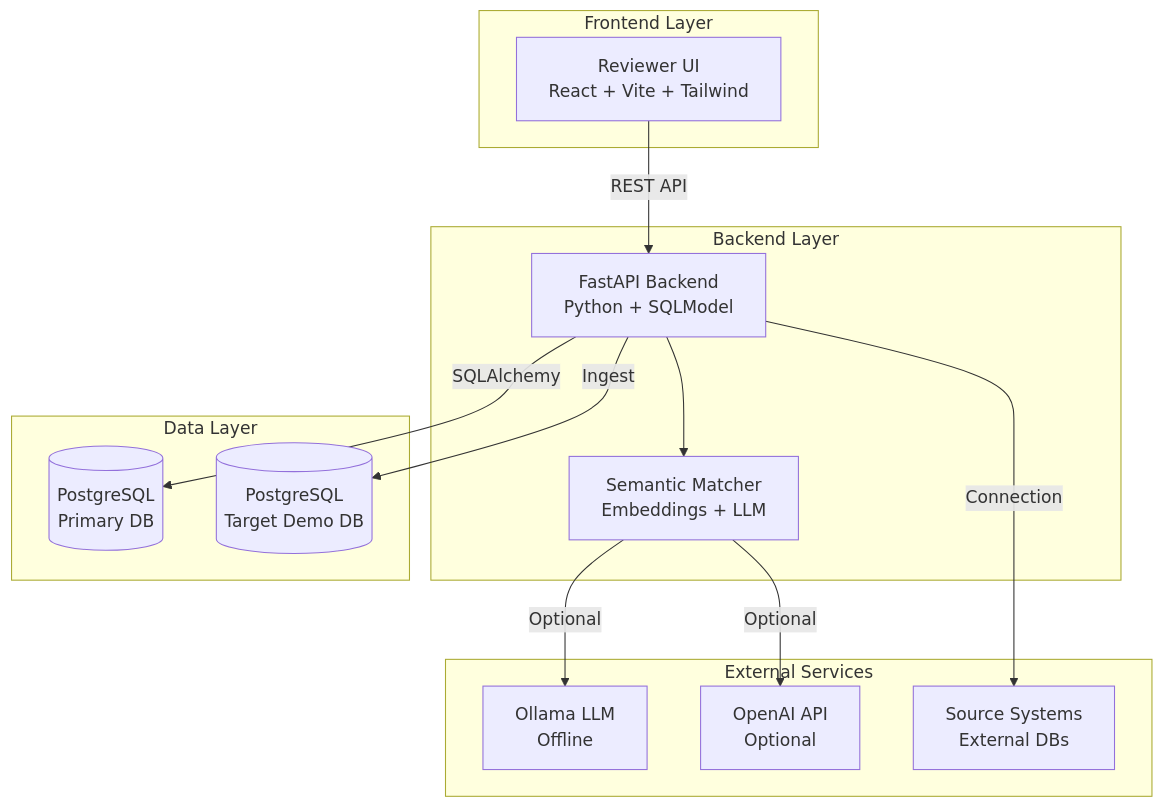
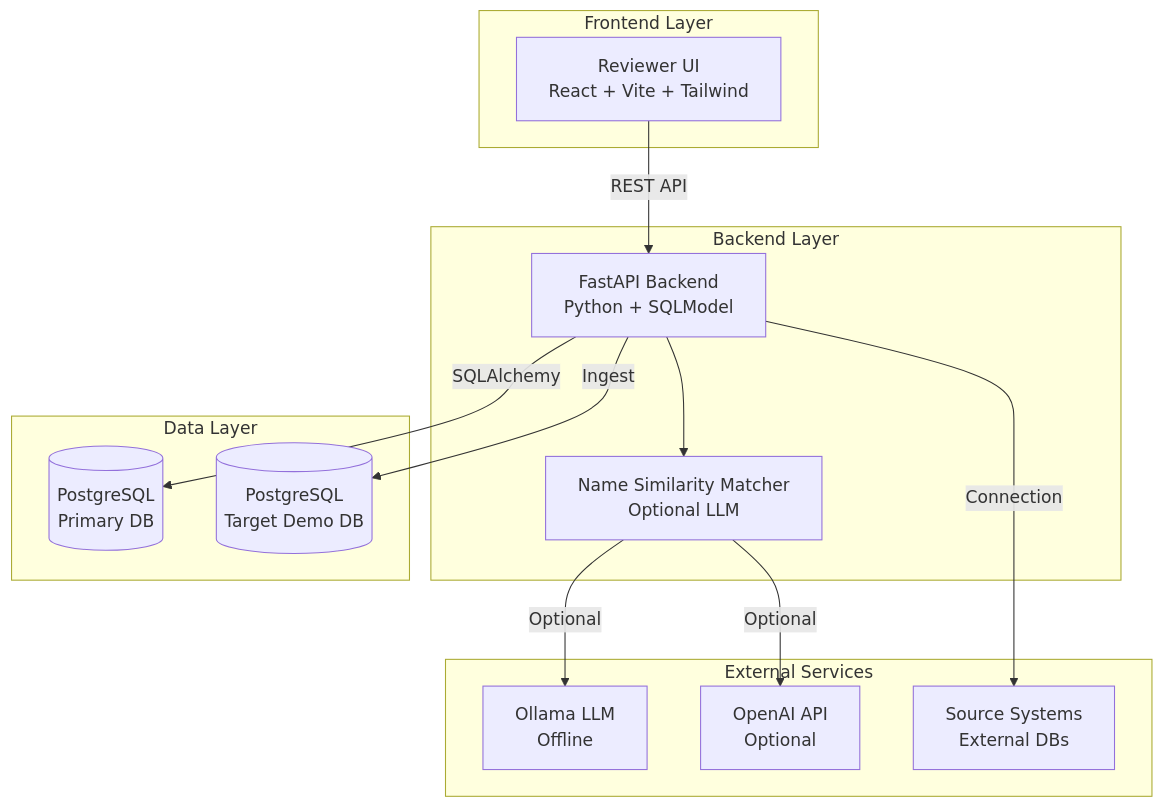
Before and after one commit to rezer-bleede/refdata-hub: the first of 5 diagrams in docs/architecture.md, drawn with Mermaid. The commit also changed other lines of this file and 44 other files, not shown here.

Commit message:
feat(matcher): replace embeddings with name similarity

````diff
--- a/docs/architecture.md
+++ b/docs/architecture.md
@@ -9,30 +9,30 @@
 ```mermaid
 graph TB
     subgraph "Frontend Layer"
         UI[Reviewer UI<br/>React + Vite + Tailwind]
     end
     
     subgraph "Backend Layer"
         API[FastAPI Backend<br/>Python + SQLModel]
-        MATCHER[Semantic Matcher<br/>Embeddings + LLM]
+        MATCHER[Name Similarity Matcher<br/>Optional LLM]
     end
     
     subgraph "Data Layer"
         DB[(PostgreSQL<br/>Primary DB)]
         TARGETDB[(PostgreSQL<br/>Target Demo DB)]
     end
     
     subgraph "External Services"
         OLLAMA[Ollama LLM<br/>Offline]
         OPENAI[OpenAI API<br/>Optional]
         SOURCES[Source Systems<br/>External DBs]
     end
     
     UI -->|REST API| API
     API -->|SQLAlchemy| DB
     API --> MATCHER
     MATCHER -->|Optional| OLLAMA
     MATCHER -->|Optional| OPENAI
     API -->|Connection| SOURCES
     API -->|Ingest| TARGETDB
 ```
````
